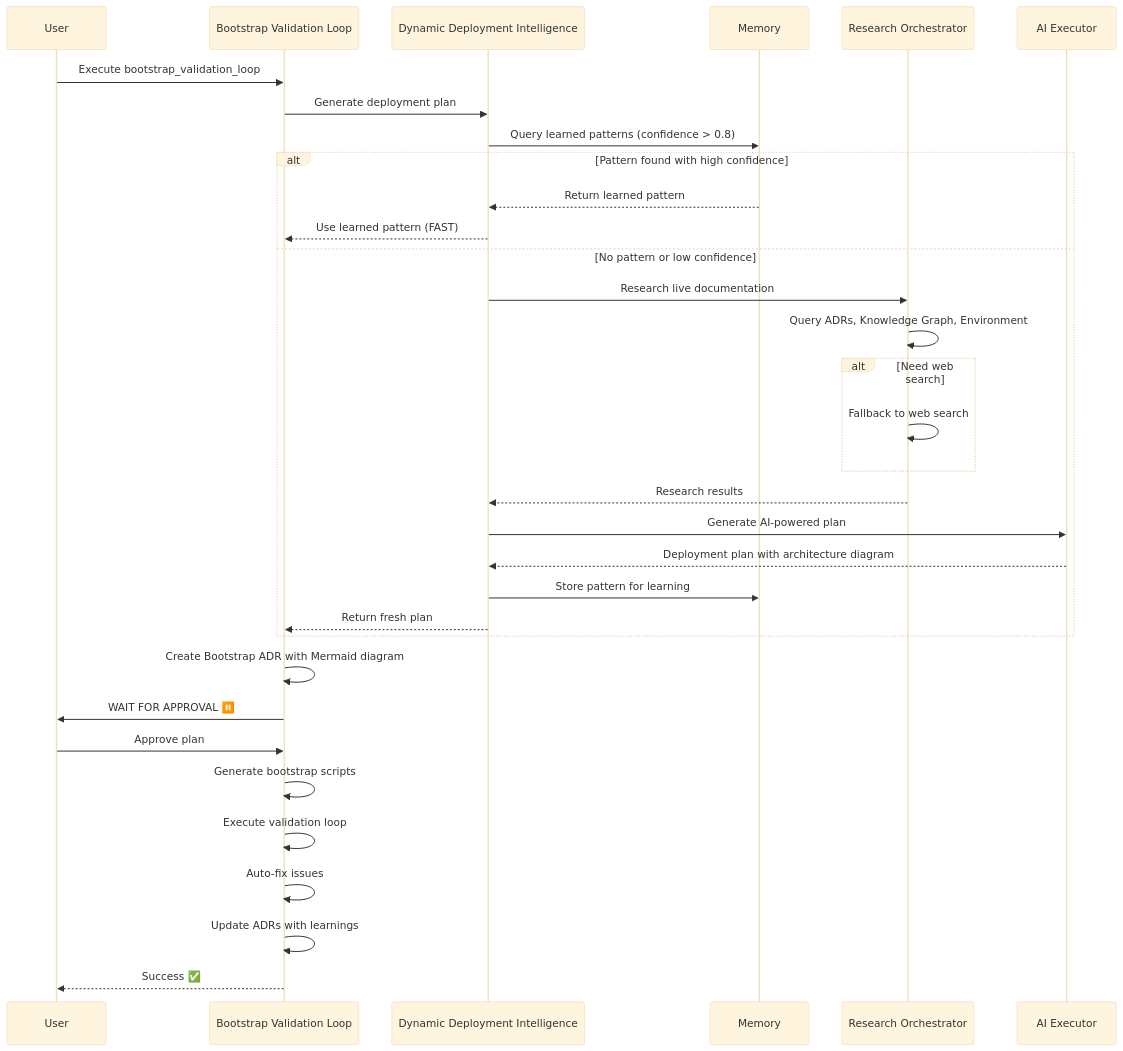
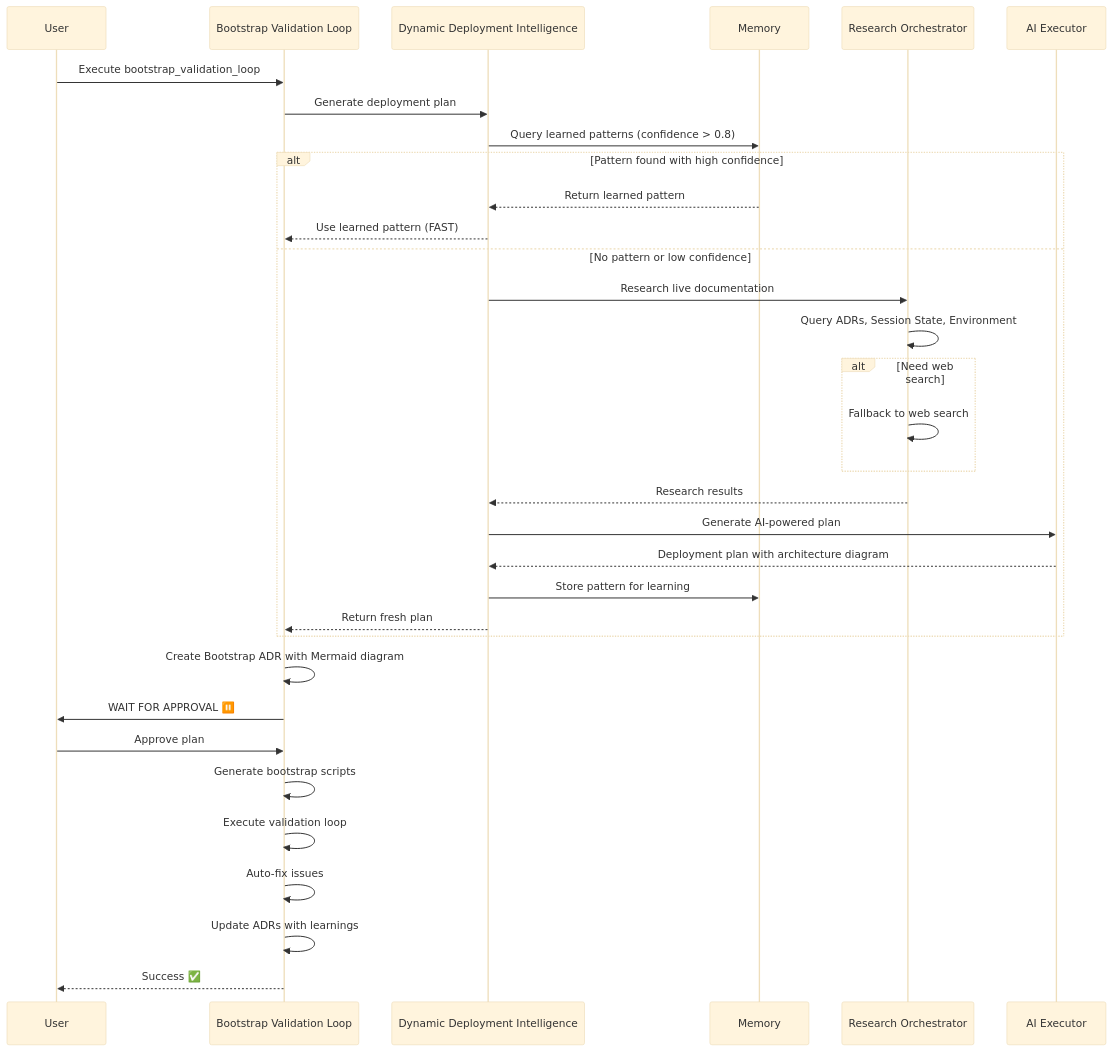
One commit to tosin2013/mcp-adr-analysis-server changed the third of 3 diagrams in docs/explanation/self-learning-architecture.md. Above: the diagram before and after it, drawn with Mermaid (base theme). The commit also changed other lines of this file and 28 other files, not shown here.

First line of the commit message:
docs(naming): rename "Knowledge Graph" to "Session & Tool-Usage Tracker" (#1548) (#1606)

````diff
--- a/docs/explanation/self-learning-architecture.md
+++ b/docs/explanation/self-learning-architecture.md
@@ -259,44 +257,44 @@
 ```mermaid
 sequenceDiagram
     participant User
     participant BVL as Bootstrap Validation Loop
     participant DDI as Dynamic Deployment Intelligence
     participant MEM as Memory
     participant RES as Research Orchestrator
     participant AI as AI Executor
 
     User->>BVL: Execute bootstrap_validation_loop
 
     BVL->>DDI: Generate deployment plan
 
     DDI->>MEM: Query learned patterns (confidence > 0.8)
     alt Pattern found with high confidence
         MEM-->>DDI: Return learned pattern
         DDI-->>BVL: Use learned pattern (FAST)
     else No pattern or low confidence
         DDI->>RES: Research live documentation
-        RES->>RES: Query ADRs, Knowledge Graph, Environment
+        RES->>RES: Query ADRs, Session State, Environment
         alt Need web search
             RES->>RES: Fallback to web search
         end
         RES-->>DDI: Research results
 
         DDI->>AI: Generate AI-powered plan
         AI-->>DDI: Deployment plan with architecture diagram
 
         DDI->>MEM: Store pattern for learning
         DDI-->>BVL: Return fresh plan
     end
 
     BVL->>BVL: Create Bootstrap ADR with Mermaid diagram
     BVL->>User: WAIT FOR APPROVAL ⏸️
 
     User->>BVL: Approve plan
 
     BVL->>BVL: Generate bootstrap scripts
     BVL->>BVL: Execute validation loop
     BVL->>BVL: Auto-fix issues
     BVL->>BVL: Update ADRs with learnings
 
     BVL-->>User: Success ✅
 ```
````
